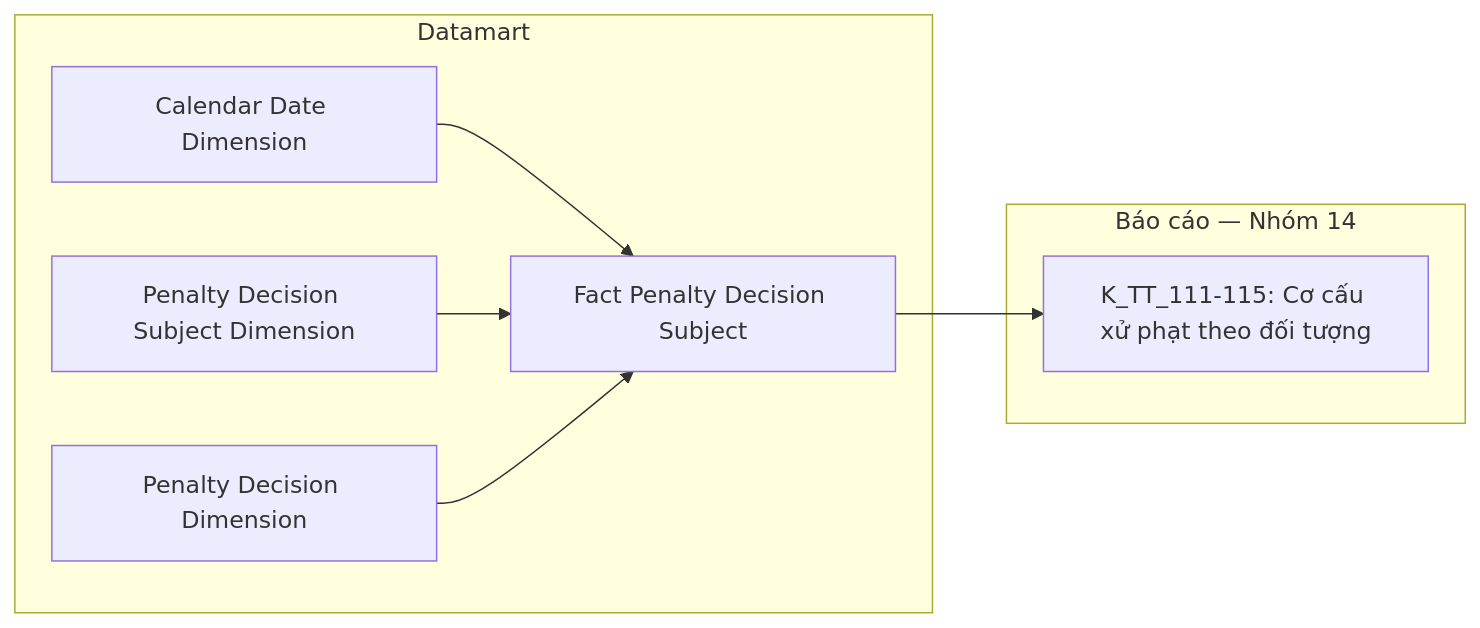
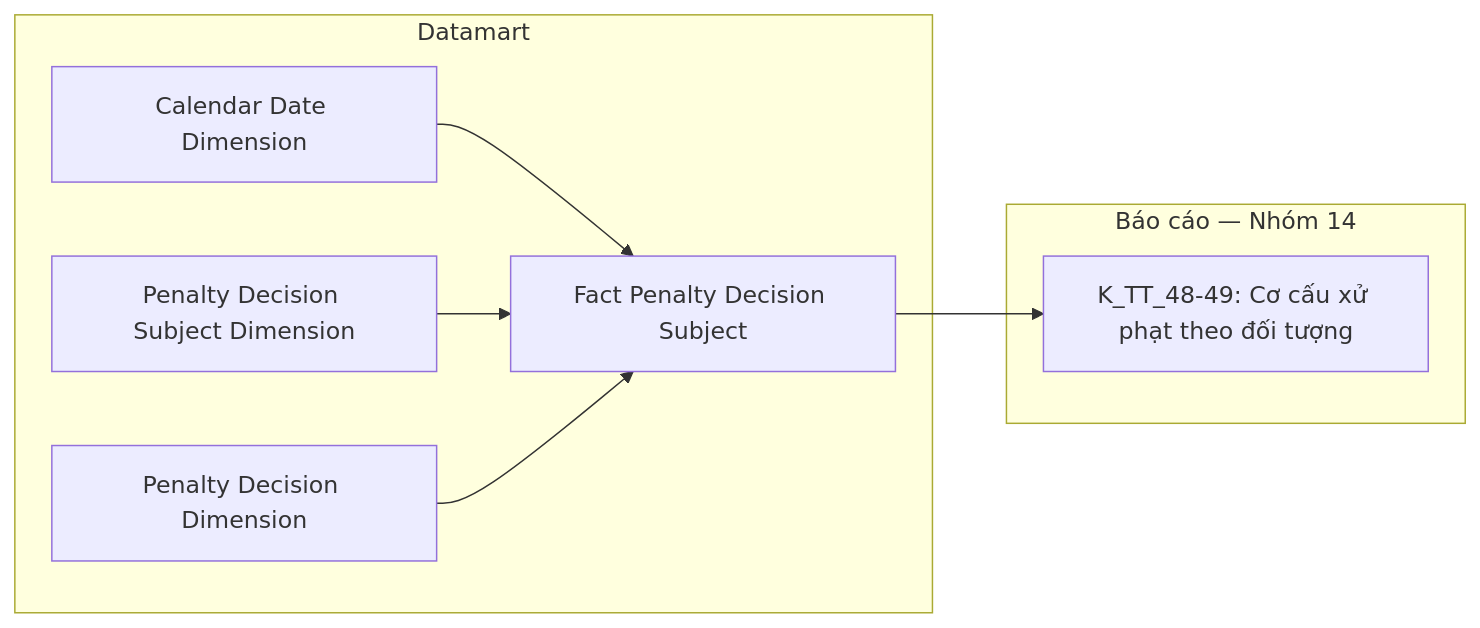
Before and after one commit to linhlvit/ubck_atomic_design: diagram 41 of 50 in Datamart/hld/DTM_TT_HLD.md, drawn with Mermaid. The commit also changed other lines of this file and 8 other files, not shown here.

````diff
--- a/Datamart/hld/DTM_TT_HLD.md
+++ b/Datamart/hld/DTM_TT_HLD.md
@@ -1558,16 +1503,16 @@
 ```mermaid
 flowchart LR
     subgraph Datamart["Datamart"]
         G1["Fact Penalty Decision Subject"]
         G2["Calendar Date Dimension"]
         G3["Penalty Decision Subject Dimension"]
         G4["Penalty Decision Dimension"]
     end
     subgraph RPT["Báo cáo — Nhóm 14"]
-        R1["K_TT_111-115: Cơ cấu xử phạt theo đối tượng"]
+        R1["K_TT_48-49: Cơ cấu xử phạt theo đối tượng"]
     end
     G2 --> G1
     G3 --> G1
     G4 --> G1
     G1 --> R1
 ```
````
